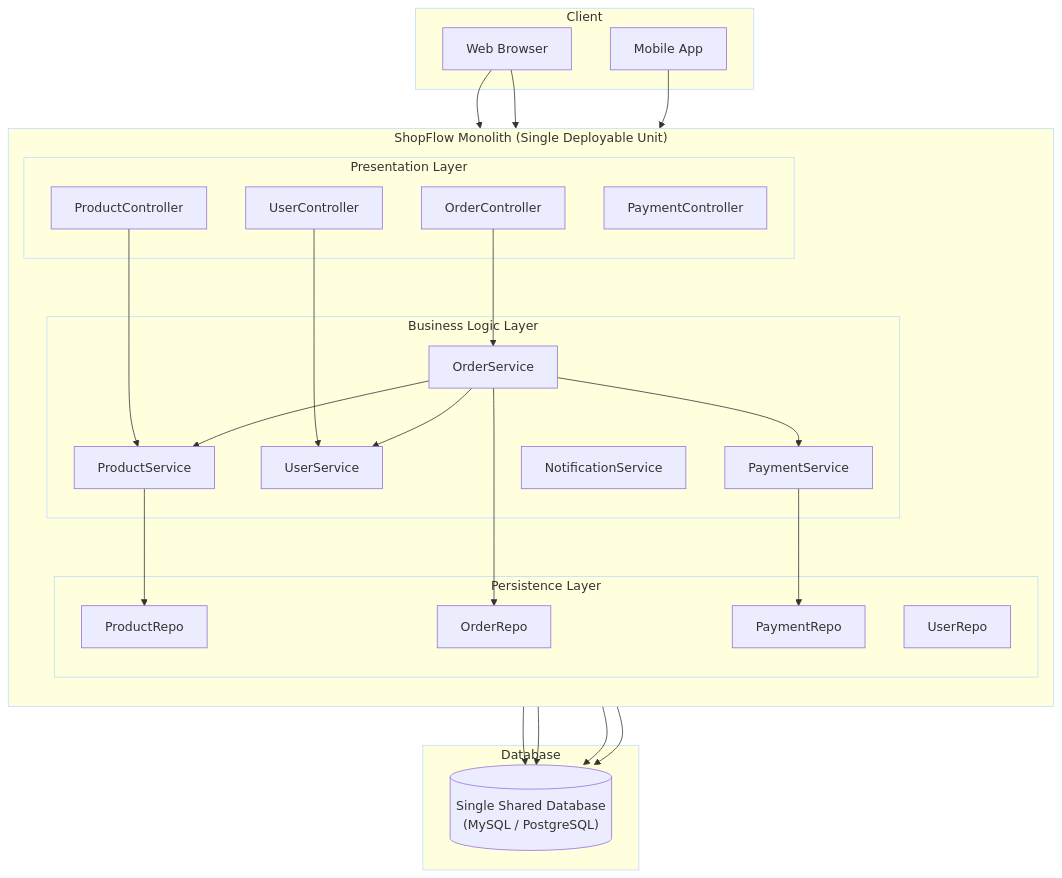
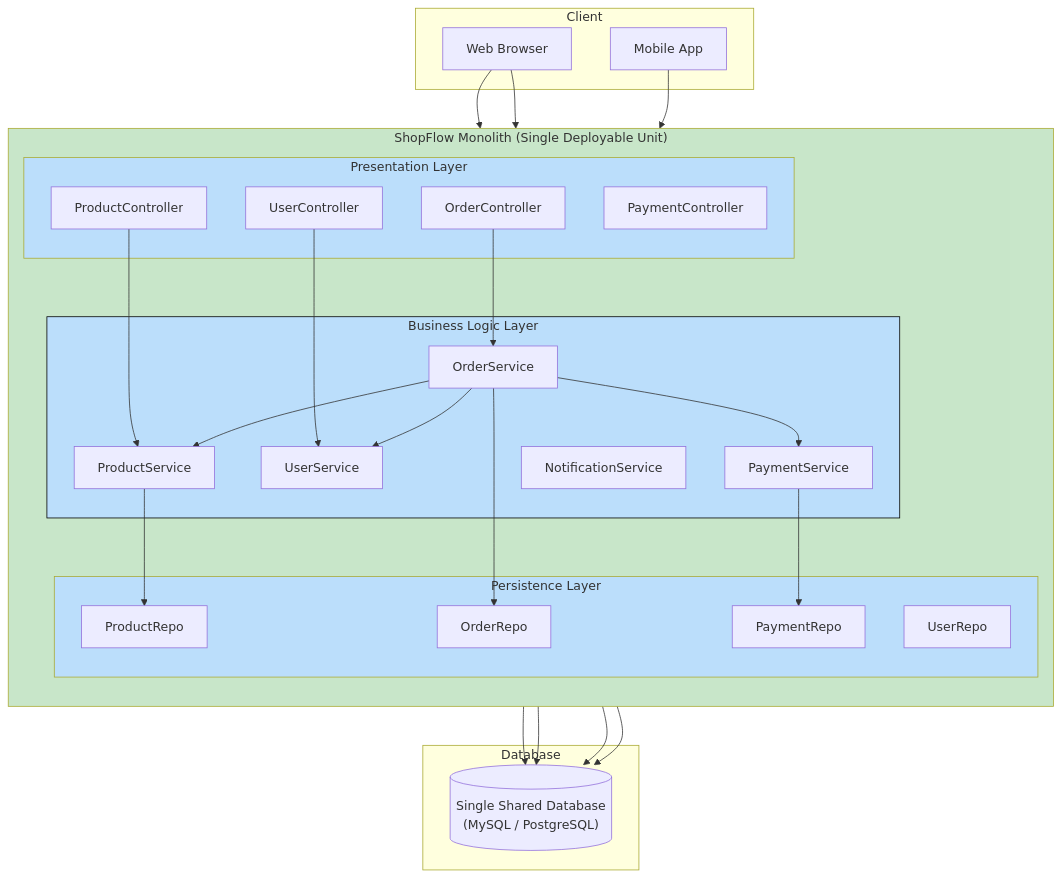
Before and after one commit to phatnguyen975/Software-Engineering: the first of 26 diagrams in Software-Architecture/fundamentals/system-architecture/01-monolith-modular-microservices.md, drawn with Mermaid. The commit also changed other lines of this file and 4 other files, not shown here.

Commit message:
docs: update system architecture content

````diff
--- a/Software-Architecture/fundamentals/system-architecture/01-monolith-modular-microservices.md
+++ b/Software-Architecture/fundamentals/system-architecture/01-monolith-modular-microservices.md
@@ -79,55 +79,58 @@
 ```mermaid
 flowchart TB
     subgraph Client["Client"]
         WEB["Web Browser"]
         MOB["Mobile App"]
     end
+
     subgraph Presentation["Presentation Layer"]
         PC["ProductController"]
         OC["OrderController"]
         UC["UserController"]
         PAC["PaymentController"]
     end
+
     subgraph Business["Business Logic Layer"]
         PS["ProductService"]
         OS["OrderService"]
         US["UserService"]
         PAS["PaymentService"]
         NS["NotificationService"]
     end
+
     subgraph Persistence["Persistence Layer"]
         PR["ProductRepo"]
         OR["OrderRepo"]
         UR["UserRepo"]
         PAR["PaymentRepo"]
     end
+
     subgraph Monolith["ShopFlow Monolith (Single Deployable Unit)"]
         direction TB
             Presentation
             Business
             Persistence
     end
+
     subgraph DB["Database"]
         SINGLE_DB[("Single Shared Database\n(MySQL / PostgreSQL)")]
     end
 
     WEB --> PC & OC
     MOB --> UC
     PC --> PS
     OC --> OS
     UC --> US
     PS --> PR
     OS --> OR & PS & US & PAS
     PAS --> PAR
     PR --> SINGLE_DB
     OR --> SINGLE_DB
     UR --> SINGLE_DB
     PAR --> SINGLE_DB
 
-    style Presentation stroke:#BBDEFB
-    style Business stroke:#BBDEFB
-    style Persistence stroke:#BBDEFB
-    style Monolith stroke:#BBDEFB
-    style Client stroke:#BBDEFB
-    style DB stroke:#BBDEFB
+    style Presentation fill:#BBDEFB
+    style Business fill:#BBDEFB,stroke:#000000
+    style Persistence fill:#BBDEFB
+    style Monolith fill:#C8E6C9
 ```
````
